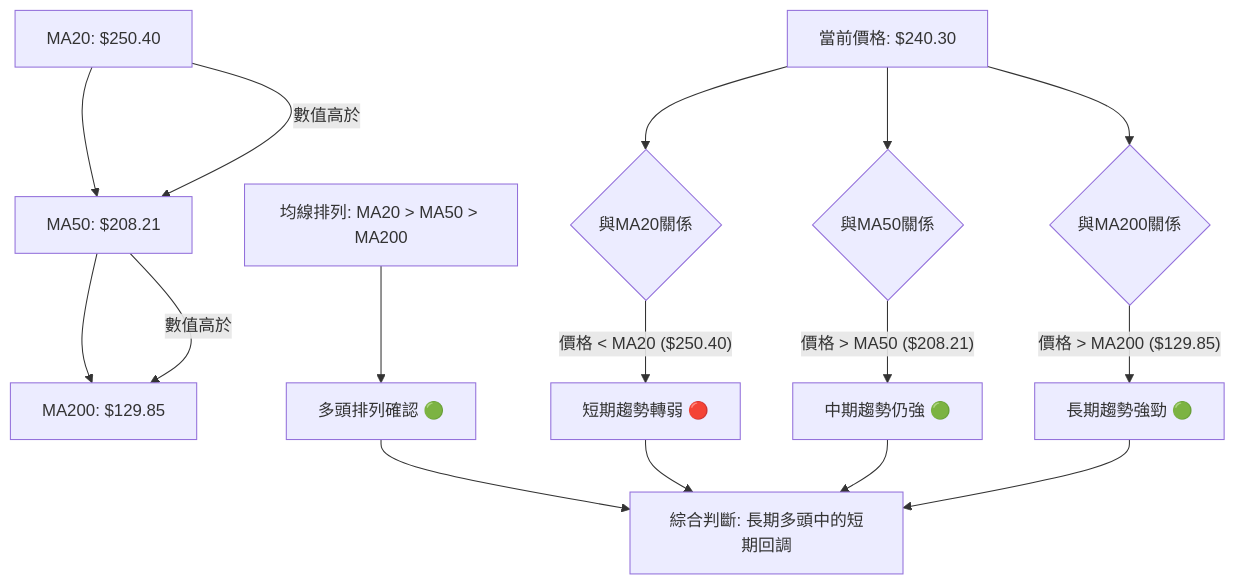
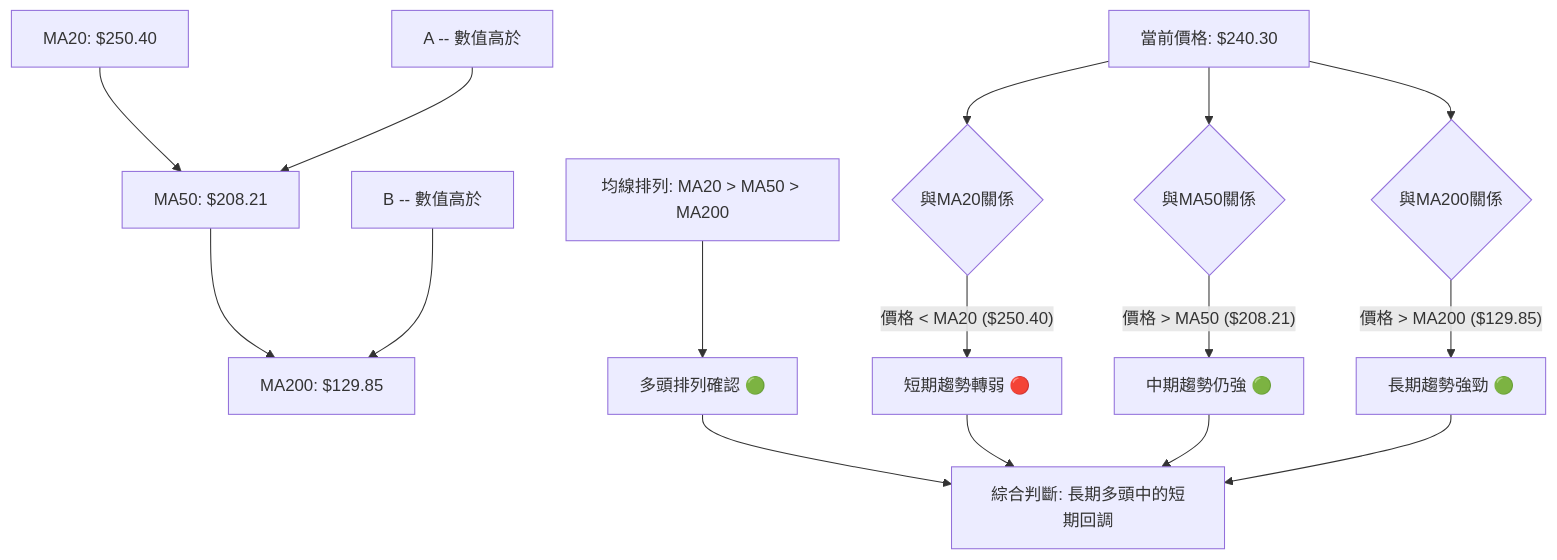
One commit to yennanliu/finance_data changed the sixth of 11 diagrams in ai_gen_report/stock/nbis/technical_analysis_2026-06-28_gemini.md. Above: the diagram before and after it, drawn with Mermaid. The commit also changed other lines of this file and 2258 other files, not shown here.

First line of the commit message:
chore: backfill Mermaid syntax repair across existing reports

````diff
--- a/ai_gen_report/stock/nbis/technical_analysis_2026-06-28_gemini.md
+++ b/ai_gen_report/stock/nbis/technical_analysis_2026-06-28_gemini.md
@@ -447,19 +447,19 @@
 ```mermaid
 graph TD
-    A[MA20: $250.40] --> B[MA50: $208.21]
-    B --> C[MA200: $129.85]
-    A -- 數值高於 --> B
-    B -- 數值高於 --> C
-    D[均線排列: MA20 > MA50 > MA200] --> E[多頭排列確認 🟢]
+    A["MA20: $250.40"] --> B["MA50: $208.21"]
+    B --> C["MA200: $129.85"]
+    nb1["A -- 數值高於"] --> B
+    nb2["B -- 數值高於"] --> C
+    D["均線排列: MA20 > MA50 > MA200"] --> E["多頭排列確認 🟢"]
 
-    F[當前價格: $240.30] --> G{與MA20關係}
-    G -- 價格 < MA20 ($250.40) --> H[短期趨勢轉弱 🔴]
+    F["當前價格: $240.30"] --> G{"與MA20關係"}
+    G -- 價格 < MA20 ($250.40) --> H["短期趨勢轉弱 🔴"]
 
-    F --> I{與MA50關係}
-    I -- 價格 > MA50 ($208.21) --> J[中期趨勢仍強 🟢]
+    F --> I{"與MA50關係"}
+    I -- 價格 > MA50 ($208.21) --> J["中期趨勢仍強 🟢"]
 
-    F --> K{與MA200關係}
-    K -- 價格 > MA200 ($129.85) --> L[長期趨勢強勁 🟢]
+    F --> K{"與MA200關係"}
+    K -- 價格 > MA200 ($129.85) --> L["長期趨勢強勁 🟢"]
 
-    E & H & J & L --> M[綜合判斷: 長期多頭中的短期回調]
+    E & H & J & L --> M["綜合判斷: 長期多頭中的短期回調"]
 ```
````
